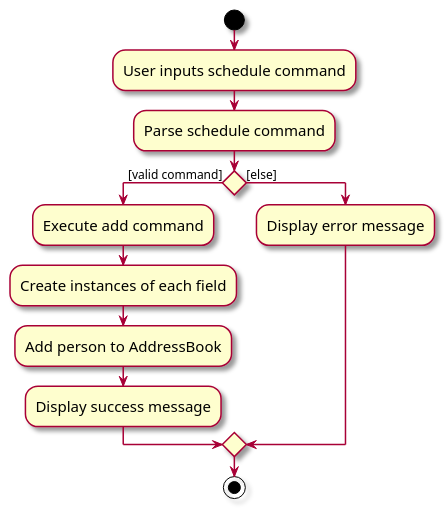
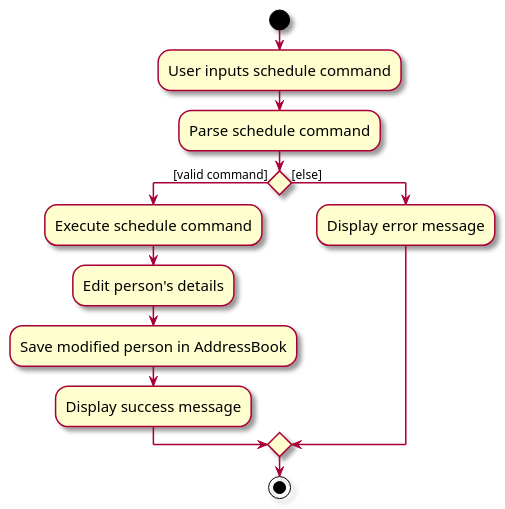
The diagram in docs/diagrams/ScheduleDiagram.puml (hjuntan/tp), drawn with PlantUML before and after one commit. The commit also changed 1 other file, not shown here.

```diff
--- a/docs/diagrams/ScheduleDiagram.puml
+++ b/docs/diagrams/ScheduleDiagram.puml
@@ -1,21 +1,21 @@
 @startuml
 skin rose
 skinparam ActivityFontSize 15
 skinparam ArrowFontSize 12
 start
 :User inputs schedule command;
 :Parse schedule command;
 
 'Since the beta syntax does not support placing the condition outside the
 'diamond we place it as the true branch instead.
 
 if () then ([valid command])
-    :Execute add command;
-    :Create instances of each field;
-    :Add person to AddressBook;
+    :Execute schedule command;
+    :Edit person's details;
+    :Save modified person in AddressBook;
     :Display success message;
 else ([else])
     :Display error message;
 endif
 stop
 @enduml
```
